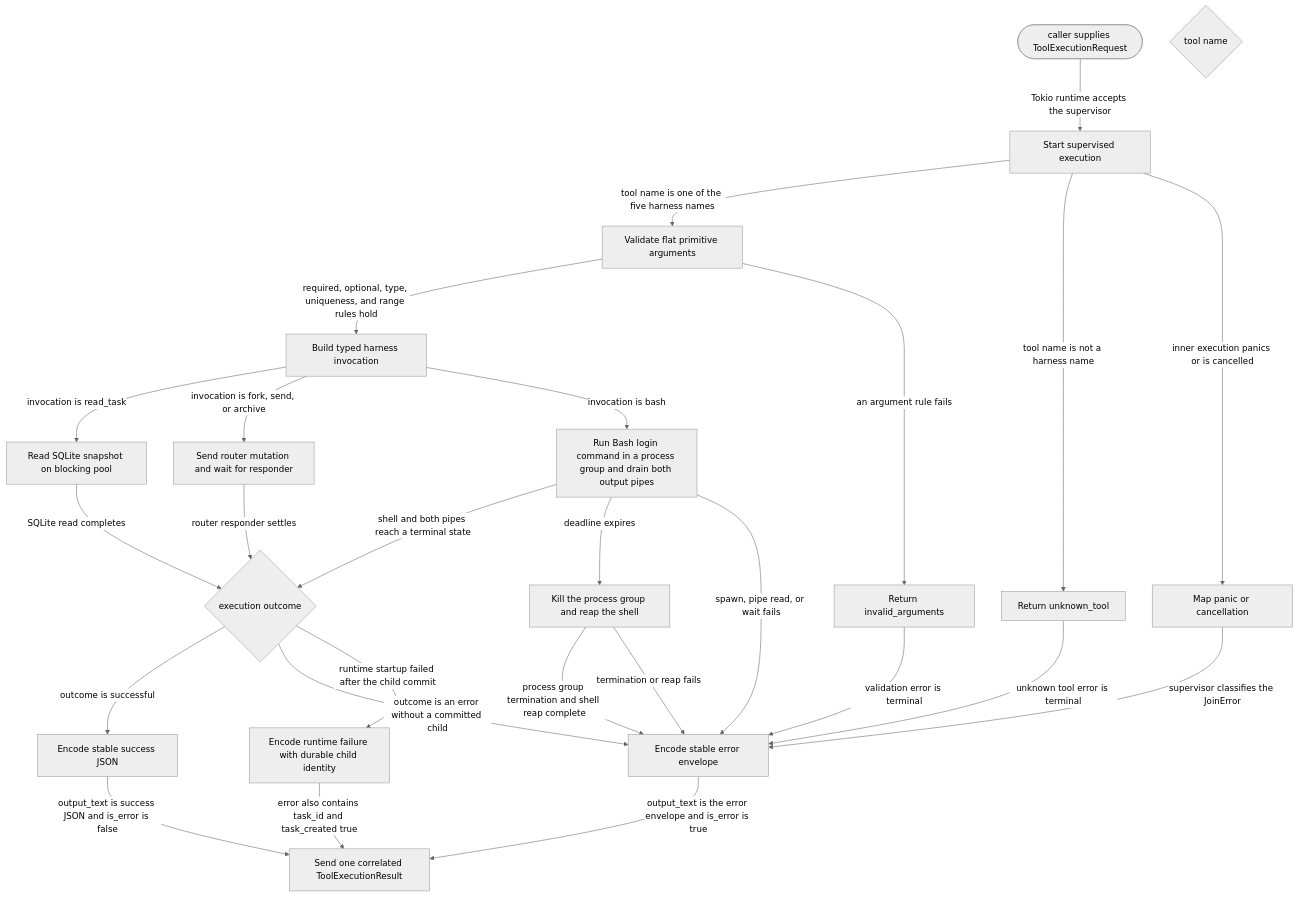
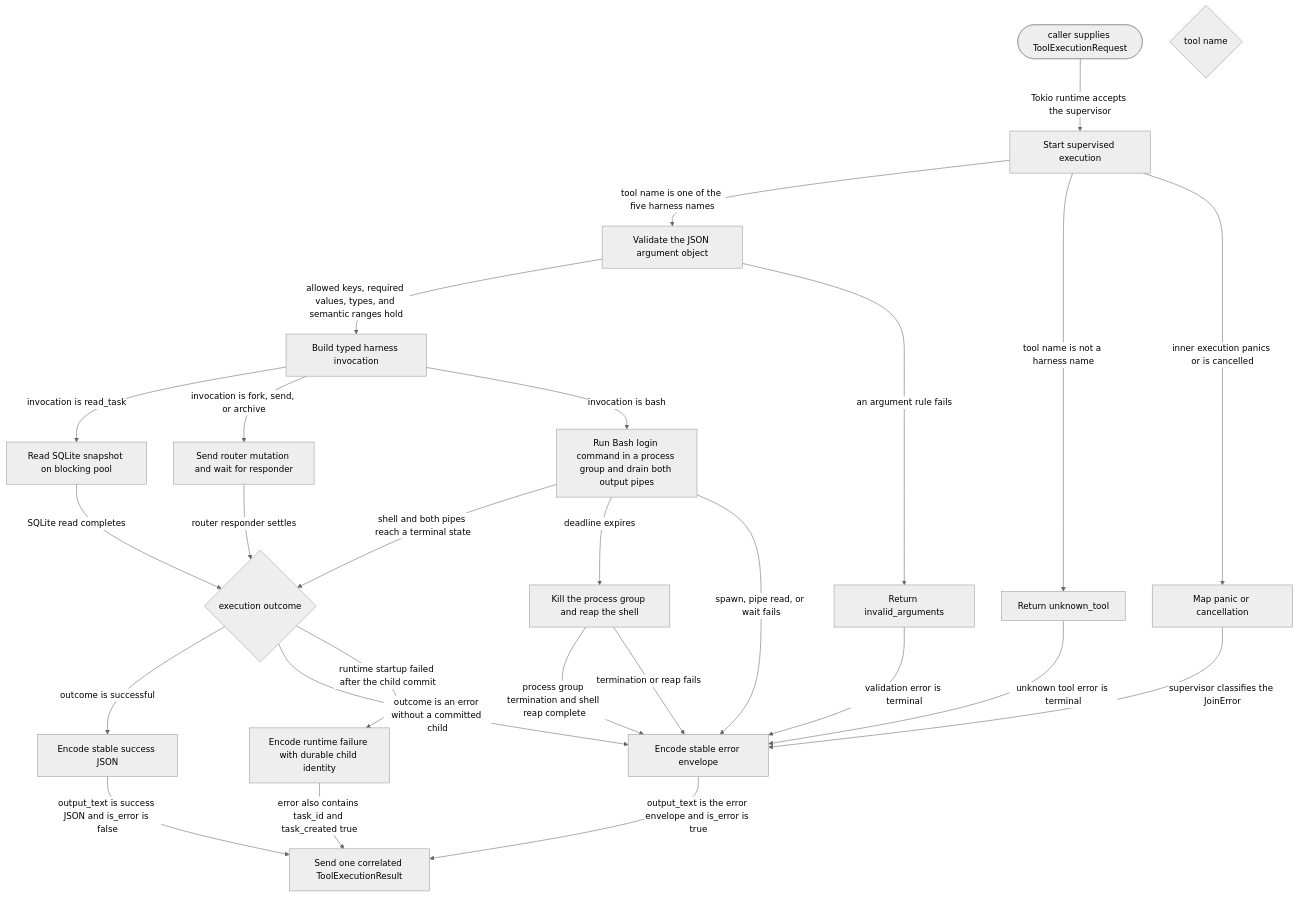
One commit to JiaJunDeng5930/Selvedge changed the diagram in crates/harness/README.md. Above: the diagram before and after it, drawn with Mermaid (neutral theme). The commit also changed other lines of this file and 11 other files, not shown here.

Commit message:
refactor(harness)!: accept json tool arguments

````diff
--- a/crates/harness/README.md
+++ b/crates/harness/README.md
@@ -26,46 +28,46 @@
 ```mermaid
 flowchart TD
   Start([caller supplies ToolExecutionRequest])
   Supervise[Start supervised execution]
   Select{tool name}
-  Validate[Validate flat primitive arguments]
+  Validate[Validate the JSON argument object]
   Invocation[Build typed harness invocation]
   Read[Read SQLite snapshot on blocking pool]
   Mutate[Send router mutation and wait for responder]
   Bash[Run Bash login command in a process group and drain both output pipes]
   BashTimeout[Kill the process group and reap the shell]
   Invalid[Return invalid_arguments]
   Unknown[Return unknown_tool]
   Panic[Map panic or cancellation]
   Outcome{execution outcome}
   Success[Encode stable success JSON]
   Failure[Encode stable error envelope]
   PartialFailure[Encode runtime failure with durable child identity]
   Result[Send one correlated ToolExecutionResult]
 
   Start -->|Tokio runtime accepts the supervisor| Supervise
   Supervise -->|tool name is one of the five harness names| Validate
   Supervise -->|tool name is not a harness name| Unknown
   Supervise -->|inner execution panics or is cancelled| Panic
-  Validate -->|required, optional, type, uniqueness, and range rules hold| Invocation
+  Validate -->|allowed keys, required values, types, and semantic ranges hold| Invocation
   Validate -->|an argument rule fails| Invalid
   Invocation -->|invocation is read_task| Read
   Invocation -->|invocation is fork, send, or archive| Mutate
   Invocation -->|invocation is bash| Bash
   Read -->|SQLite read completes| Outcome
   Mutate -->|router responder settles| Outcome
   Bash -->|shell and both pipes reach a terminal state| Outcome
   Bash -->|deadline expires| BashTimeout
   Bash -->|spawn, pipe read, or wait fails| Failure
   BashTimeout -->|process group termination and shell reap complete| Failure
   BashTimeout -->|termination or reap fails| Failure
   Panic -->|supervisor classifies the JoinError| Failure
   Invalid -->|validation error is terminal| Failure
   Unknown -->|unknown tool error is terminal| Failure
   Outcome -->|outcome is successful| Success
   Outcome -->|outcome is an error without a committed child| Failure
   Outcome -->|runtime startup failed after the child commit| PartialFailure
   Success -->|output_text is success JSON and is_error is false| Result
   Failure -->|output_text is the error envelope and is_error is true| Result
   PartialFailure -->|error also contains task_id and task_created true| Result
 ```
````
